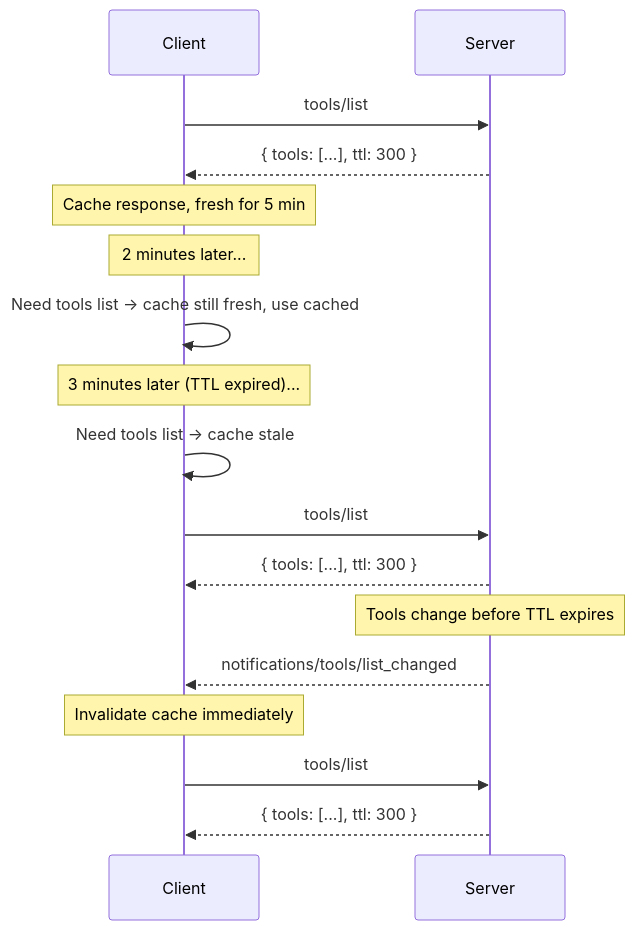
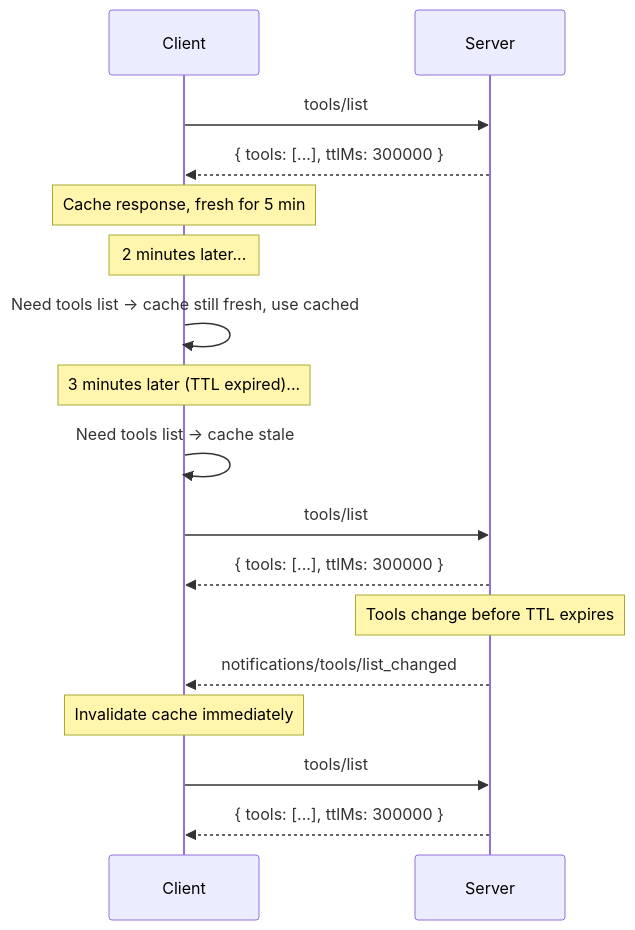
Before and after one commit to modelcontextprotocol/modelcontextprotocol: the diagram in docs/seps/2549-TTL-for-list-results.mdx, drawn with Mermaid. The commit also changed other lines of this file and 13 other files, not shown here.

````diff
--- a/docs/seps/2549-TTL-for-list-results.mdx
+++ b/docs/seps/2549-TTL-for-list-results.mdx
@@ -146,23 +144,23 @@
 ```mermaid
 sequenceDiagram
     participant C as Client
     participant S as Server
 
     C->>S: tools/list
-    S-->>C: { tools: [...], ttl: 300 }
+    S-->>C: { tools: [...], ttlMs: 300000 }
     Note over C: Cache response, fresh for 5 min
 
     Note over C: 2 minutes later...
     C->>C: Need tools list → cache still fresh, use cached
 
     Note over C: 3 minutes later (TTL expired)...
     C->>C: Need tools list → cache stale
     C->>S: tools/list
-    S-->>C: { tools: [...], ttl: 300 }
+    S-->>C: { tools: [...], ttlMs: 300000 }
 
     Note over S: Tools change before TTL expires
     S-->>C: notifications/tools/list_changed
     Note over C: Invalidate cache immediately
     C->>S: tools/list
-    S-->>C: { tools: [...], ttl: 300 }
+    S-->>C: { tools: [...], ttlMs: 300000 }
 ```
````
